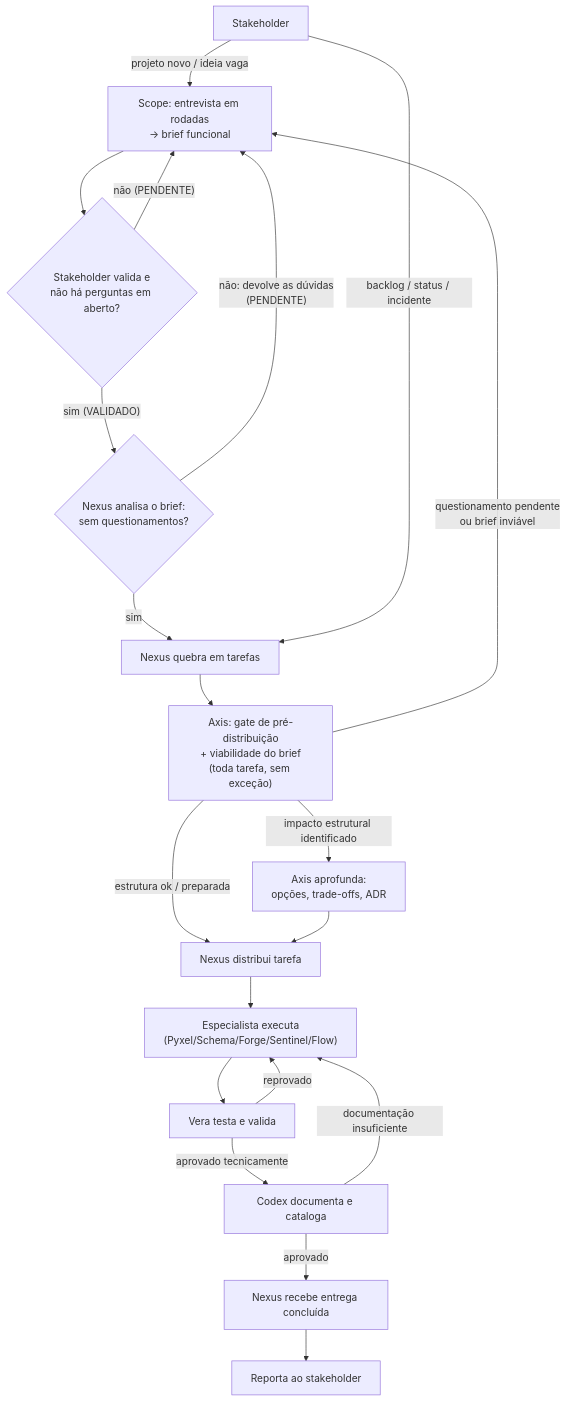
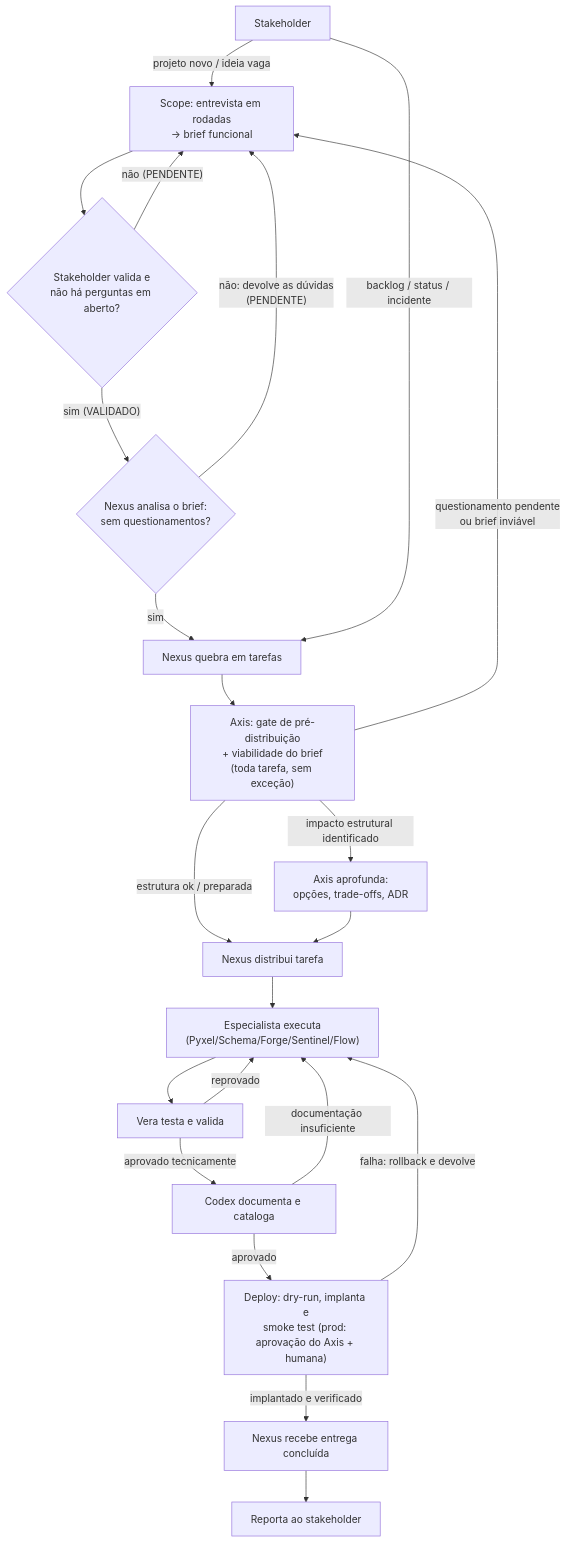
One commit to devrafaelalvarenga/data-engineer-agent-team changed the diagram in ARCHITECTURE.md. Above: the diagram before and after it, drawn with Mermaid. The commit also changed other lines of this file and 5 other files, not shown here.

````diff
--- a/ARCHITECTURE.md
+++ b/ARCHITECTURE.md
@@ -63,22 +67,24 @@
 ```mermaid
 flowchart TD
     S["Stakeholder"] -->|"projeto novo / ideia vaga"| SC["Scope: entrevista em rodadas<br/>→ brief funcional"]
     SC --> VAL{"Stakeholder valida e<br/>não há perguntas em aberto?"}
     VAL -->|"não (PENDENTE)"| SC
     VAL -->|"sim (VALIDADO)"| NV{"Nexus analisa o brief:<br/>sem questionamentos?"}
     NV -->|"não: devolve as dúvidas<br/>(PENDENTE)"| SC
     NV -->|"sim"| N["Nexus quebra em tarefas"]
     S -->|"backlog / status / incidente"| N
     N --> AX["Axis: gate de pré-distribuição<br/>+ viabilidade do brief<br/>(toda tarefa, sem exceção)"]
     AX -->|"questionamento pendente<br/>ou brief inviável"| SC
     AX -->|"estrutura ok / preparada"| T["Nexus distribui tarefa"]
     AX -->|"impacto estrutural identificado"| ADR["Axis aprofunda:<br/>opções, trade-offs, ADR"]
     ADR --> T
     T --> E["Especialista executa<br/>(Pyxel/Schema/Forge/Sentinel/Flow)"]
     E --> V["Vera testa e valida"]
     V -->|reprovado| E
     V -->|aprovado tecnicamente| C["Codex documenta e cataloga"]
     C -->|documentação insuficiente| E
-    C -->|aprovado| N2["Nexus recebe entrega concluída"]
+    C -->|aprovado| D["Deploy: dry-run, implanta e<br/>smoke test (prod: aprovação do Axis + humana)"]
+    D -->|falha: rollback e devolve| E
+    D -->|implantado e verificado| N2["Nexus recebe entrega concluída"]
     N2 --> S2["Reporta ao stakeholder"]
 ```
````
